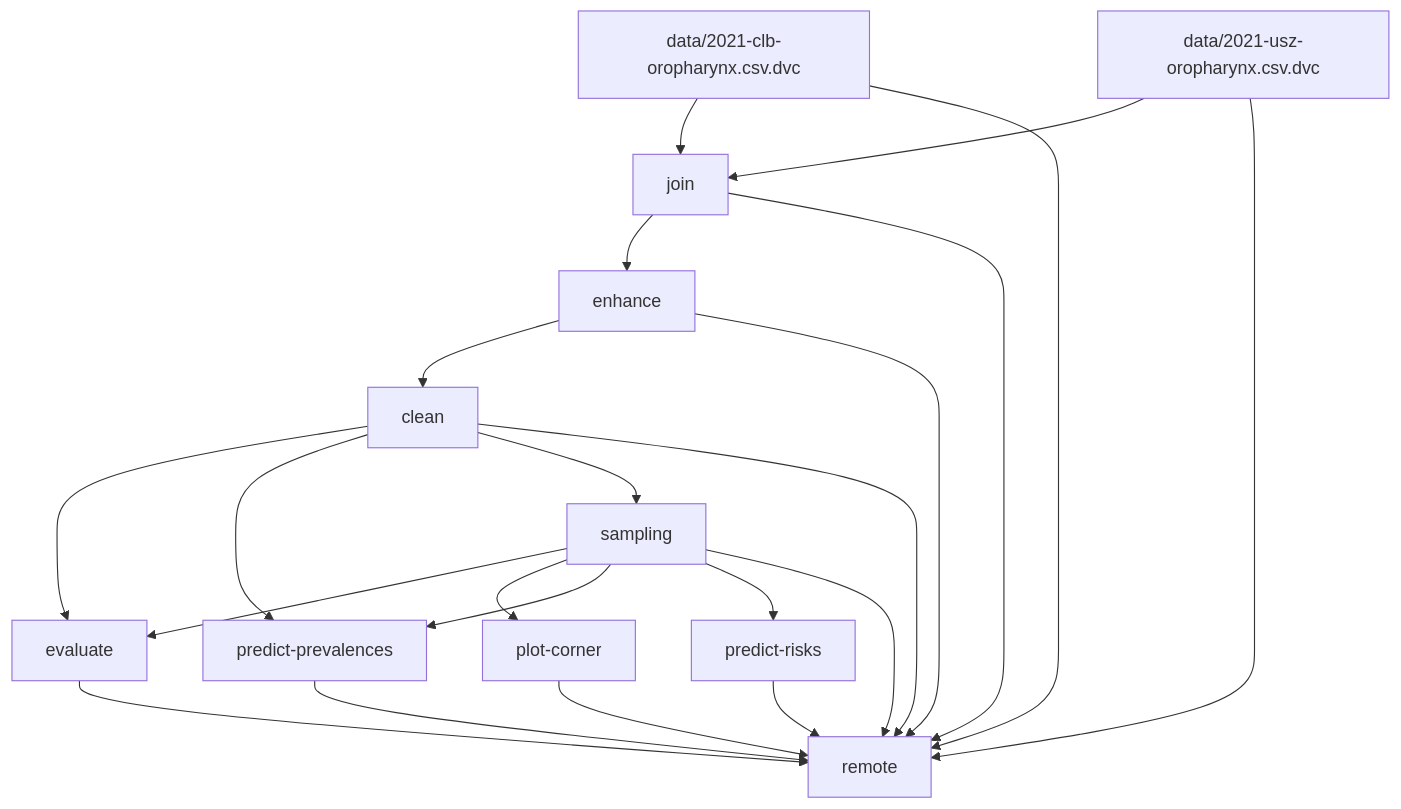
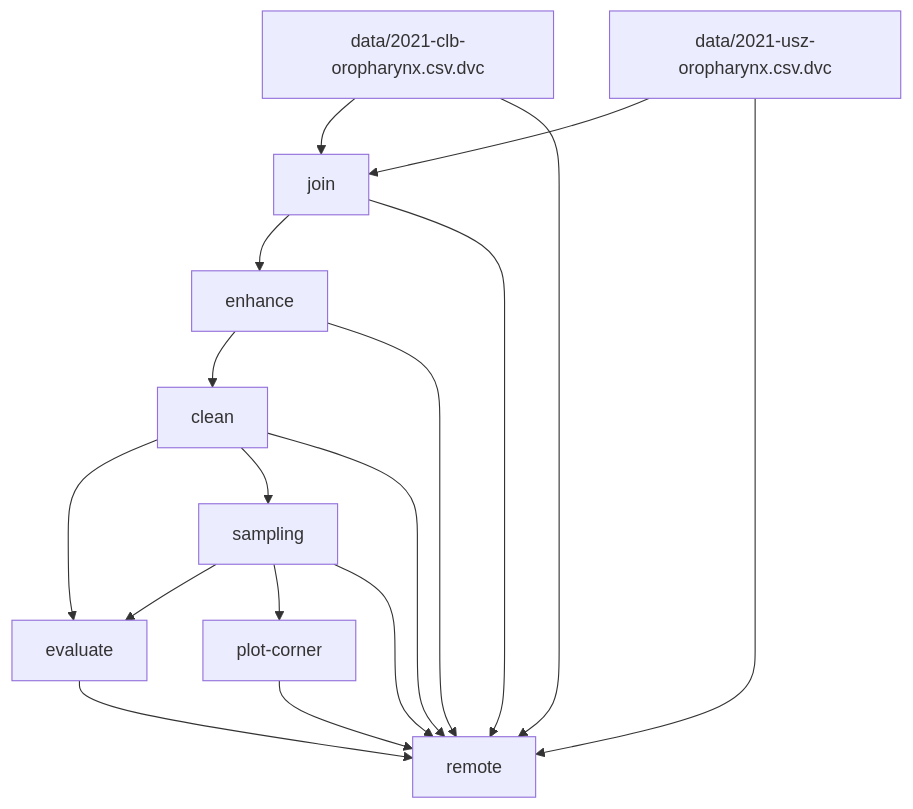
One commit to rmnldwg/lynference changed the diagram in dag.md. Above: the diagram before and after it, drawn with Mermaid. The commit also changed 7 other files, not shown here.

First line of the commit message:
run: unilateral base graph TI

````diff
--- a/dag.md
+++ b/dag.md
@@ -1,35 +1,28 @@
 ```mermaid
 flowchart TD
 	node1["data/2021-clb-oropharynx.csv.dvc"]
 	node2["data/2021-usz-oropharynx.csv.dvc"]
 	node3["clean"]
 	node4["enhance"]
 	node5["evaluate"]
 	node6["join"]
 	node7["plot-corner"]
-	node8["predict-prevalences"]
-	node9["predict-risks"]
-	node10["sampling"]
-	node11["remote"]
+	node8["sampling"]
+	node9["remote"]
 	node1-->node6
-	node1-->node11
+	node1-->node9
 	node2-->node6
-	node2-->node11
+	node2-->node9
 	node3-->node5
 	node3-->node8
-	node3-->node10
-	node3-->node11
+	node3-->node9
 	node4-->node3
-	node4-->node11
-	node5-->node11
+	node4-->node9
+	node5-->node9
 	node6-->node4
-	node6-->node11
-	node7-->node11
-	node8-->node11
-	node9-->node11
-	node10-->node5
-	node10-->node7
-	node10-->node8
-	node10-->node9
-	node10-->node11
+	node6-->node9
+	node7-->node9
+	node8-->node5
+	node8-->node7
+	node8-->node9
 ```
````
